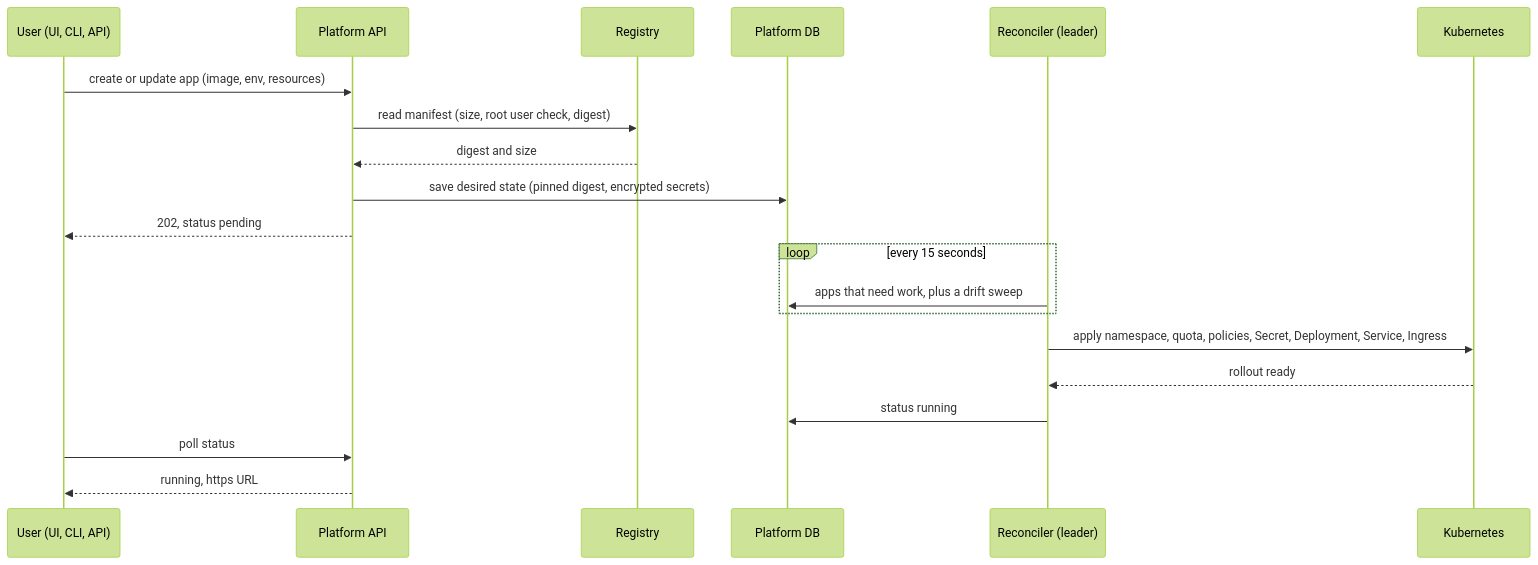
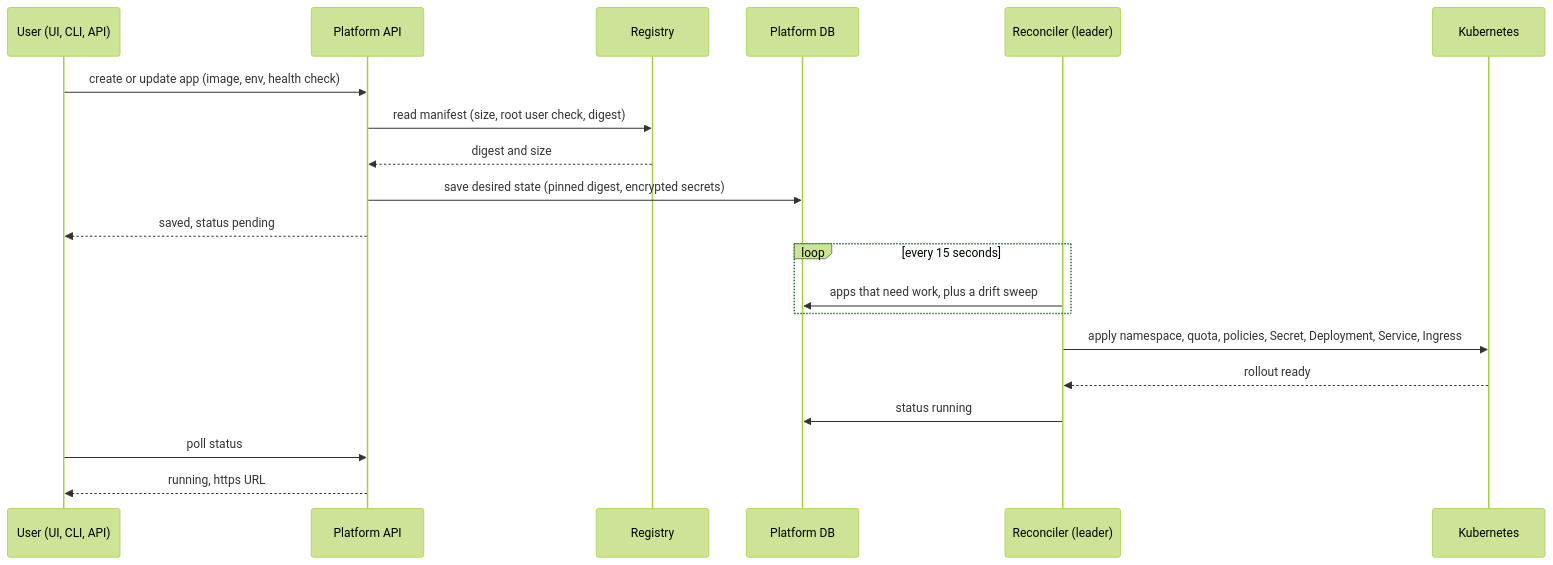
The second of 2 diagrams in README.md (seaburr/picopaas), drawn with Mermaid (forest theme) before and after one commit. The commit also changed other lines of this file and 8 other files, not shown here.

Commit message:
docs: correctness pass against the code (retry behaviour, API endpoints/fields/errors, CLI commands, ops facts, $28 node) + consistent terminology; tidier README architecture diagram

````diff
--- a/README.md
+++ b/README.md
@@ -93,22 +90,22 @@
 ```mermaid
 sequenceDiagram
   participant U as User (UI, CLI, API)
   participant A as Platform API
   participant R as Registry
   participant D as Platform DB
   participant C as Reconciler (leader)
   participant K as Kubernetes
-  U->>A: create or update app (image, env, resources)
+  U->>A: create or update app (image, env, health check)
   A->>R: read manifest (size, root user check, digest)
   R-->>A: digest and size
   A->>D: save desired state (pinned digest, encrypted secrets)
-  A-->>U: 202, status pending
+  A-->>U: saved, status pending
   loop every 15 seconds
     C->>D: apps that need work, plus a drift sweep
   end
   C->>K: apply namespace, quota, policies, Secret, Deployment, Service, Ingress
   K-->>C: rollout ready
   C->>D: status running
   U->>A: poll status
   A-->>U: running, https URL
 ```
````
